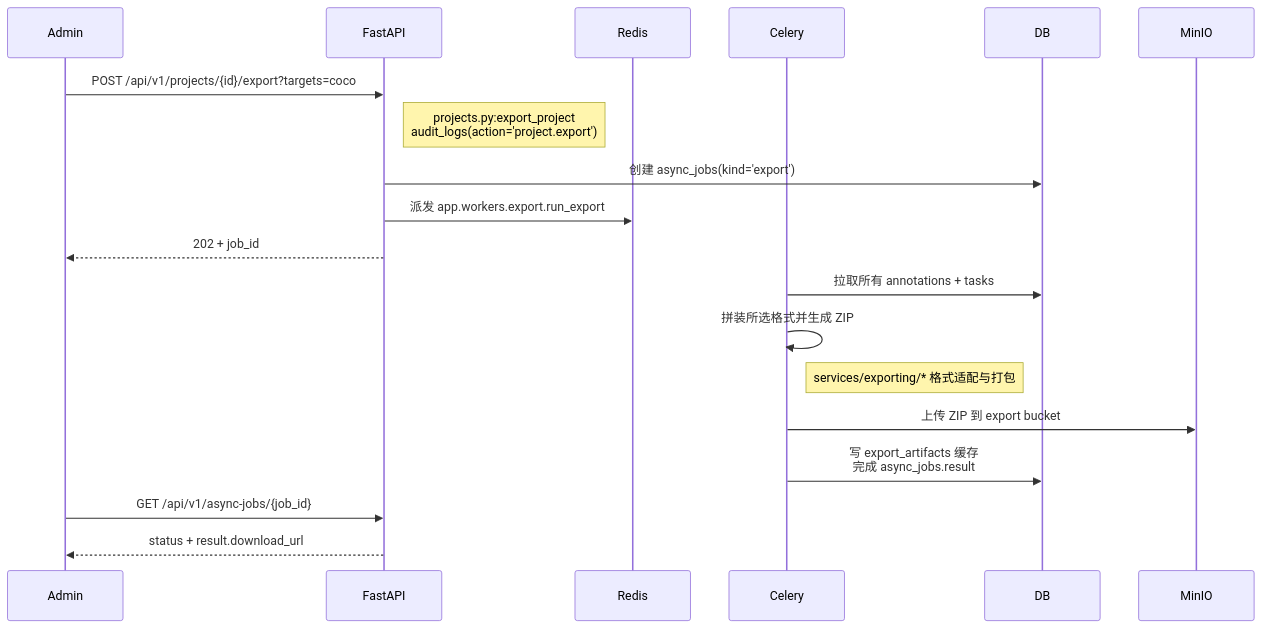
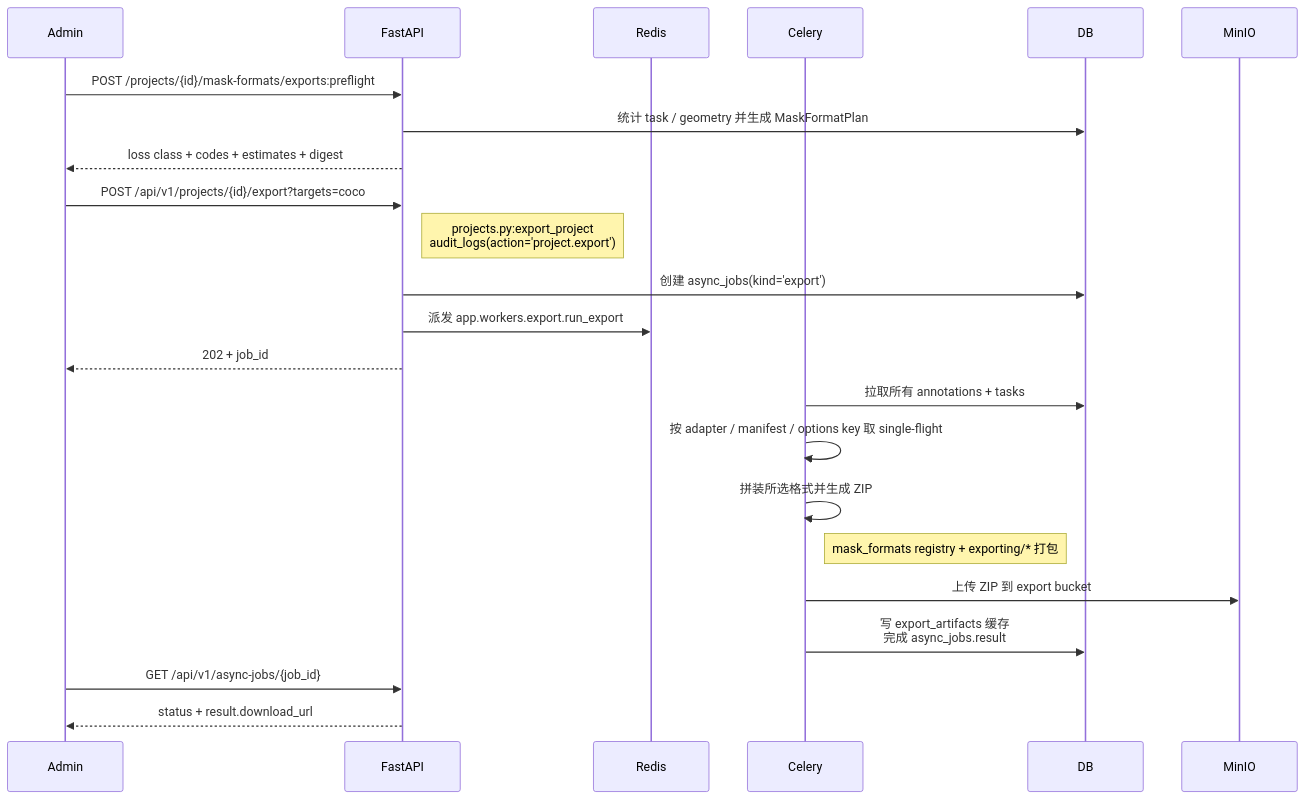
Before and after one commit to yyq19990828/ai-annotation-platform: the third of 4 diagrams in docs-site/dev/concepts/data-flow.md, drawn with Mermaid. The commit also changed other lines of this file and 42 other files, not shown here.

Commit message:
feat(mask-formats): add preflight adapter framework

````diff
--- a/docs-site/dev/concepts/data-flow.md
+++ b/docs-site/dev/concepts/data-flow.md
@@ -99,22 +99,26 @@
 ```mermaid
 sequenceDiagram
   participant Admin
   participant A as FastAPI
   participant R as Redis
   participant C as Celery
   participant DB
   participant S as MinIO
 
+  Admin->>A: POST /projects/{id}/mask-formats/exports:preflight
+  A->>DB: 统计 task / geometry 并生成 MaskFormatPlan
+  A-->>Admin: loss class + codes + estimates + digest
   Admin->>A: POST /api/v1/projects/{id}/export?targets=coco
   Note right of A: projects.py:export_project<br/>audit_logs(action='project.export')
   A->>DB: 创建 async_jobs(kind='export')
   A->>R: 派发 app.workers.export.run_export
   A-->>Admin: 202 + job_id
   C->>DB: 拉取所有 annotations + tasks
+  C->>C: 按 adapter / manifest / options key 取 single-flight
   C->>C: 拼装所选格式并生成 ZIP
-  Note right of C: services/exporting/* 格式适配与打包
+  Note right of C: mask_formats registry + exporting/* 打包
   C->>S: 上传 ZIP 到 export bucket
   C->>DB: 写 export_artifacts 缓存<br/>完成 async_jobs.result
   Admin->>A: GET /api/v1/async-jobs/{job_id}
   A-->>Admin: status + result.download_url
 ```
````
